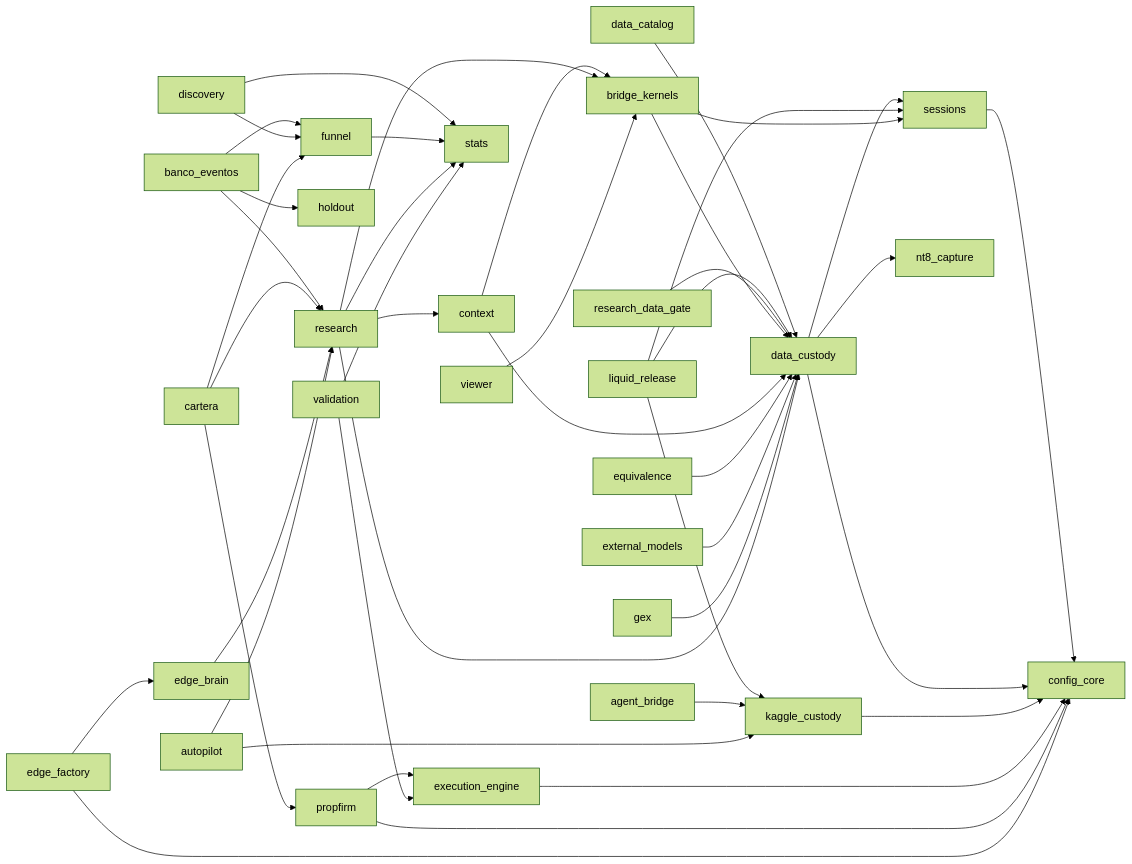
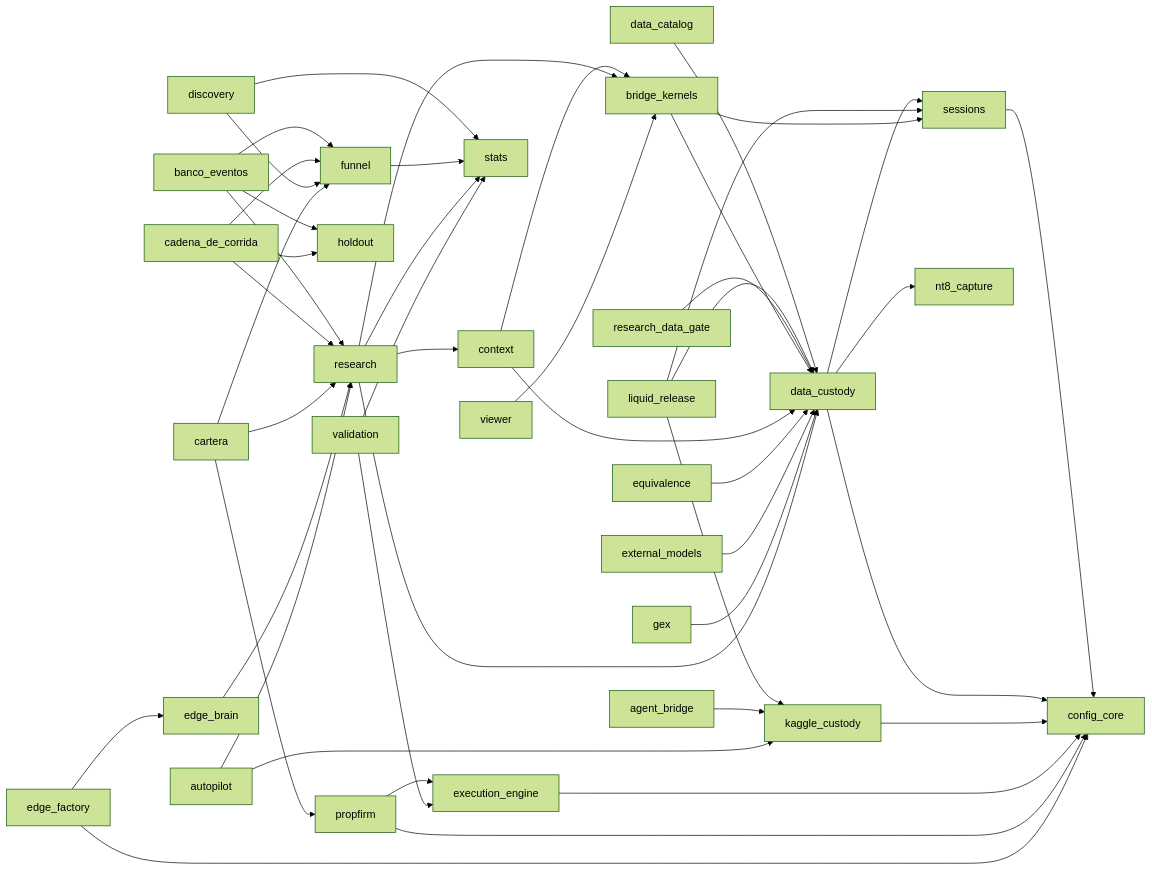
The diagram in docs/MODULES.md (Nicodelcampo/EdgeLab), drawn with Mermaid (forest theme) before and after one commit. The commit also changed other lines of this file and 11 other files, not shown here.

First line of the commit message:
La cadena estándar de una corrida, accesible para cualquier agente

````diff
--- a/docs/MODULES.md
+++ b/docs/MODULES.md
@@ -55,45 +56,48 @@
 ```mermaid
 graph LR
   sessions --> config_core
   data_catalog --> data_custody
   data_custody --> config_core
   data_custody --> sessions
   data_custody --> nt8_capture
   kaggle_custody --> config_core
   liquid_release --> data_custody
   liquid_release --> sessions
   liquid_release --> kaggle_custody
   research_data_gate --> data_custody
   bridge_kernels --> data_custody
   bridge_kernels --> sessions
   banco_eventos --> research
   banco_eventos --> funnel
   banco_eventos --> holdout
+  cadena_de_corrida --> research
+  cadena_de_corrida --> funnel
+  cadena_de_corrida --> holdout
   context --> bridge_kernels
   context --> data_custody
   discovery --> stats
   discovery --> funnel
   equivalence --> data_custody
   external_models --> data_custody
   funnel --> stats
   gex --> data_custody
   research --> data_custody
   research --> bridge_kernels
   research --> stats
   research --> context
   cartera --> research
   cartera --> funnel
   cartera --> propfirm
   execution_engine --> config_core
   propfirm --> config_core
   propfirm --> execution_engine
   validation --> execution_engine
   validation --> stats
   edge_brain --> research
   edge_factory --> edge_brain
   edge_factory --> config_core
   agent_bridge --> kaggle_custody
   autopilot --> kaggle_custody
   autopilot --> research
   viewer --> bridge_kernels
 ```
````
